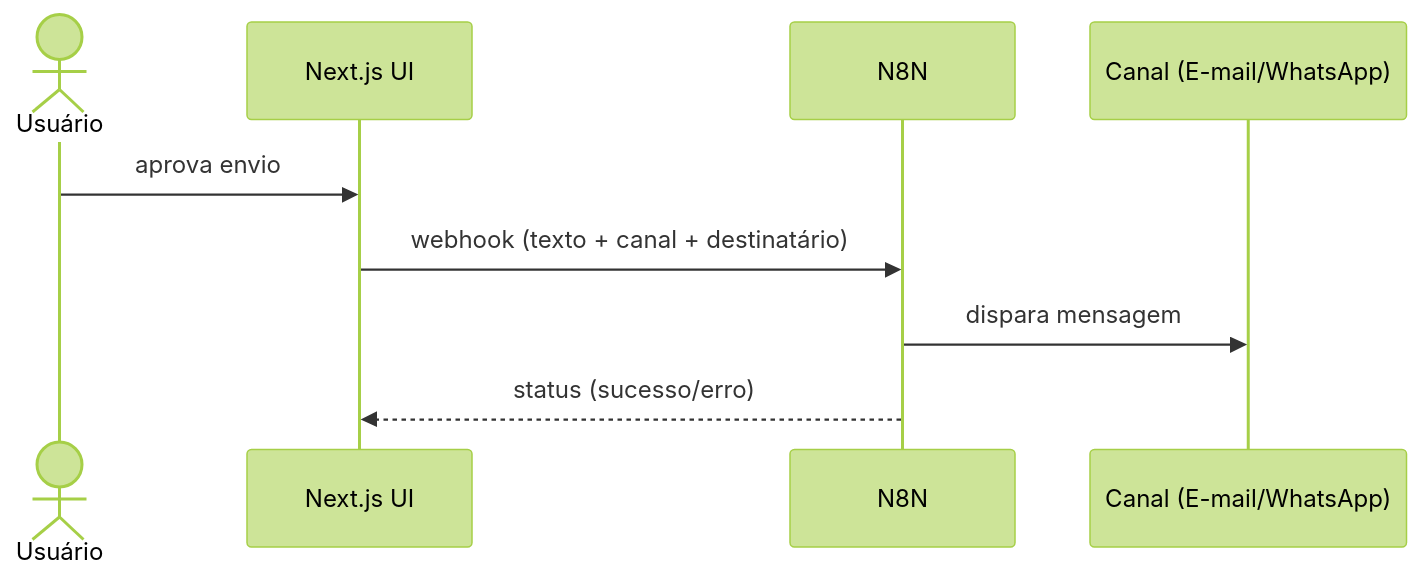
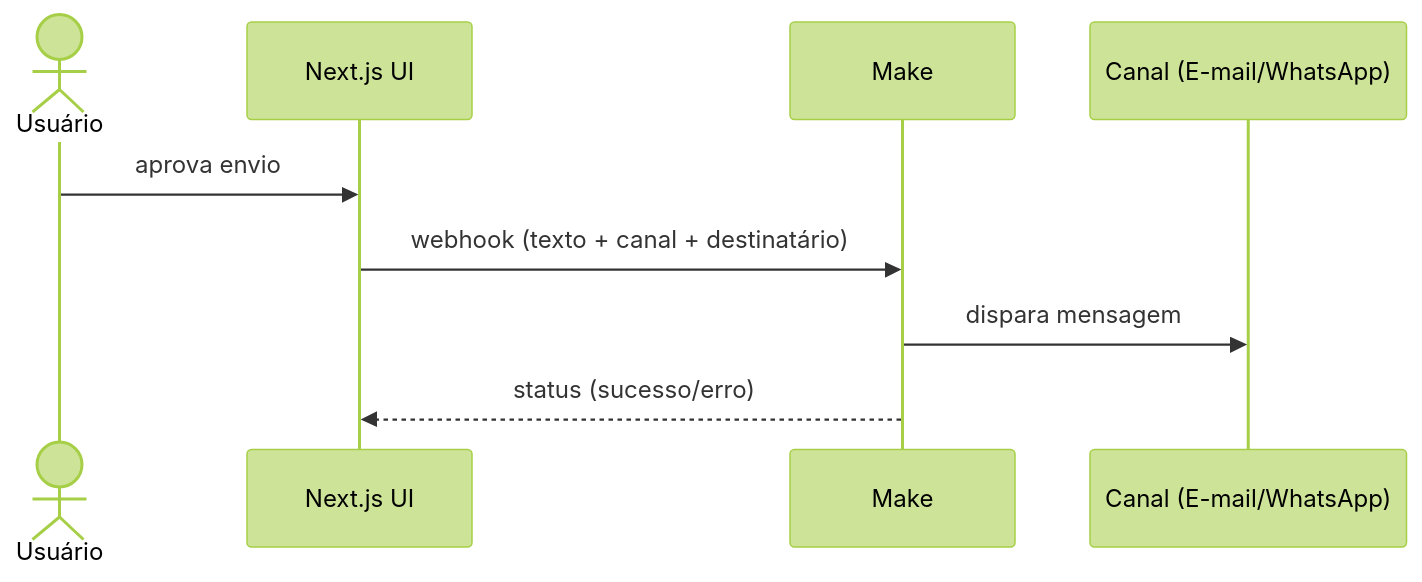
One commit to Rodrigo-A-Rodrigues/app-copilot-ia changed the third of 4 diagrams in docs/architecture.md. Above: the diagram before and after it, drawn with Mermaid (forest theme). The commit also changed other lines of this file and 10 other files, not shown here.

````diff
--- a/docs/architecture.md
+++ b/docs/architecture.md
@@ -189,12 +189,12 @@
 ```mermaid
 sequenceDiagram
   actor U as Usuário
   participant UI as Next.js UI
-  participant N8N as N8N
+  participant Make as Make
   participant C as Canal (E-mail/WhatsApp)
 
   U->>UI: aprova envio
-  UI->>N8N: webhook (texto + canal + destinatário)
-  N8N->>C: dispara mensagem
-  N8N-->>UI: status (sucesso/erro)
+  UI->>Make: webhook (texto + canal + destinatário)
+  Make->>C: dispara mensagem
+  Make-->>UI: status (sucesso/erro)
 ```
````
